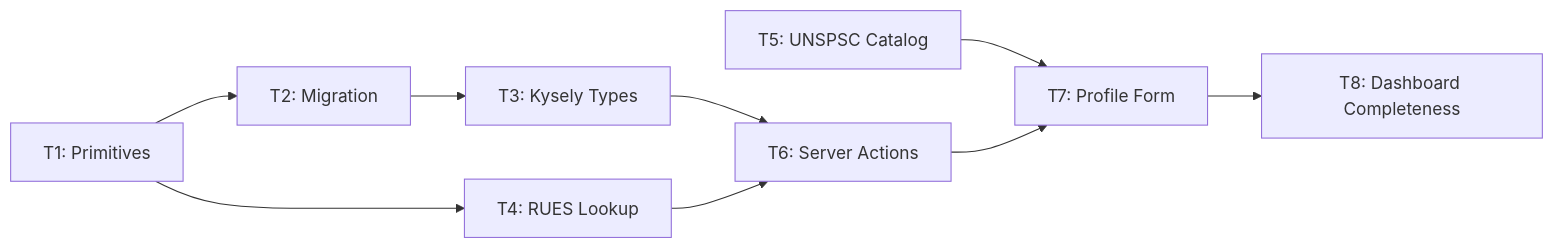
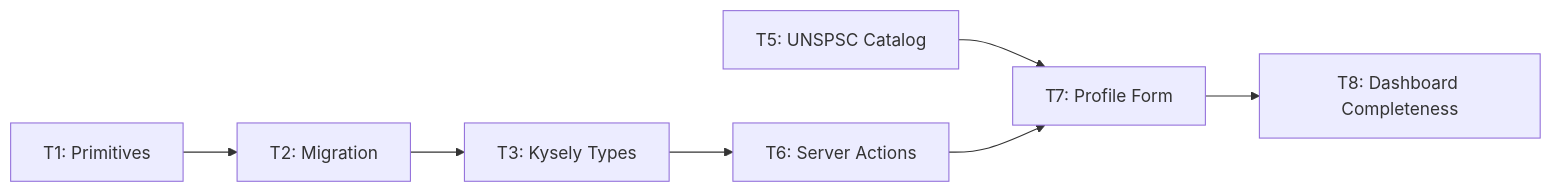
Before and after one commit to agentezai/coltratos: the third of 3 diagrams in docs/company-profiling-onboarding/feat/00-overview.md, drawn with Mermaid. The commit also changed other lines of this file and 8 other files, not shown here.

````diff
--- a/docs/company-profiling-onboarding/feat/00-overview.md
+++ b/docs/company-profiling-onboarding/feat/00-overview.md
@@ -97,20 +94,17 @@
 ```mermaid
 flowchart LR
     T1["T1: Primitives"]
     T2["T2: Migration"]
     T3["T3: Kysely Types"]
-    T4["T4: RUES Lookup"]
     T5["T5: UNSPSC Catalog"]
     T6["T6: Server Actions"]
     T7["T7: Profile Form"]
     T8["T8: Dashboard Completeness"]
 
     T1 --> T2
     T2 --> T3
-    T1 --> T4
     T3 --> T6
-    T4 --> T6
     T5 --> T7
     T6 --> T7
     T7 --> T8
 ```
````
